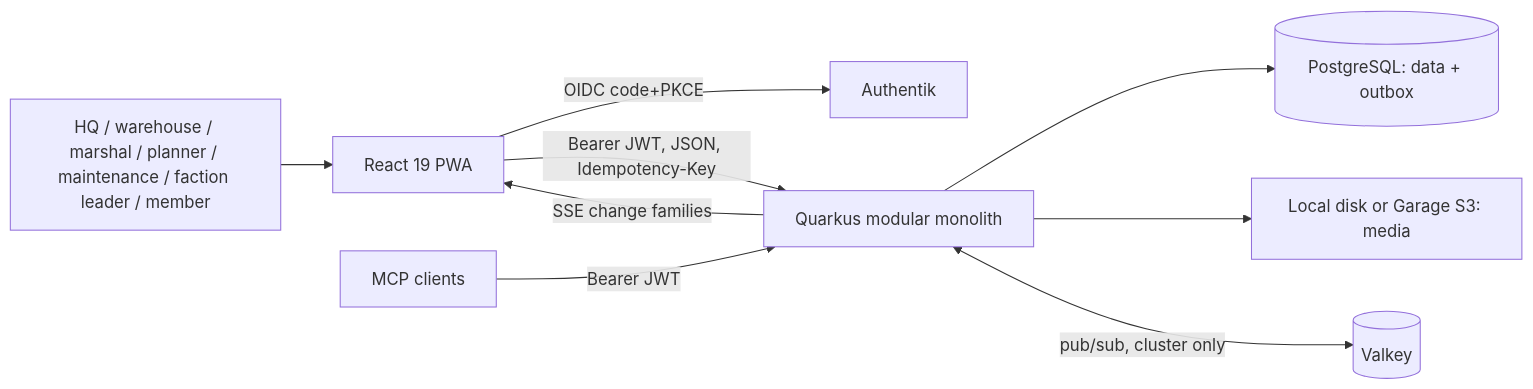
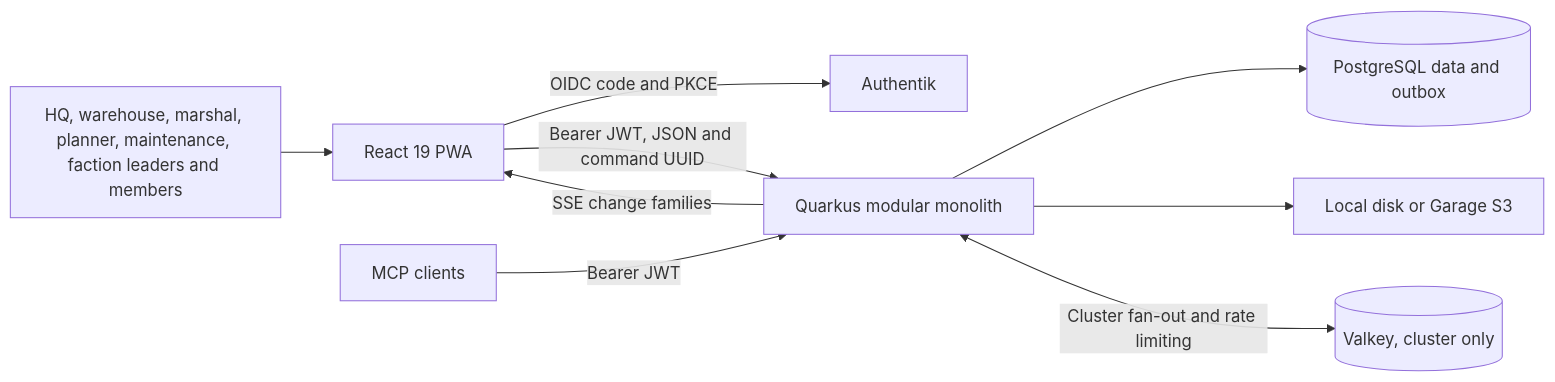
Before and after one commit to Voxel07/inventory: the diagram in docs/ARCHITECTURE.md, drawn with Mermaid. The commit also changed other lines of this file and 15 other files, not shown here.

````diff
--- a/docs/ARCHITECTURE.md
+++ b/docs/ARCHITECTURE.md
@@ -30,11 +22,11 @@
 ```mermaid
 flowchart LR
-    U[HQ / warehouse / marshal / planner / maintenance / faction leader / member] --> PWA[React 19 PWA]
-    PWA -->|OIDC code+PKCE| IdP[Authentik]
-    PWA -->|Bearer JWT, JSON, Idempotency-Key| API[Quarkus modular monolith]
+    Users[HQ, warehouse, marshal, planner, maintenance, faction leaders and members] --> PWA[React 19 PWA]
+    PWA -->|OIDC code and PKCE| IdP[Authentik]
+    PWA -->|Bearer JWT, JSON and command UUID| API[Quarkus modular monolith]
     MCP[MCP clients] -->|Bearer JWT| API
-    API --> PG[(PostgreSQL: data + outbox)]
-    API --> S3[Local disk or Garage S3: media]
+    API --> PG[(PostgreSQL data and outbox)]
+    API --> Media[Local disk or Garage S3]
     API -->|SSE change families| PWA
-    API <-->|pub/sub, cluster only| VK[(Valkey)]
+    API <-->|Cluster fan-out and rate limiting| Valkey[(Valkey, cluster only)]
 ```
````
